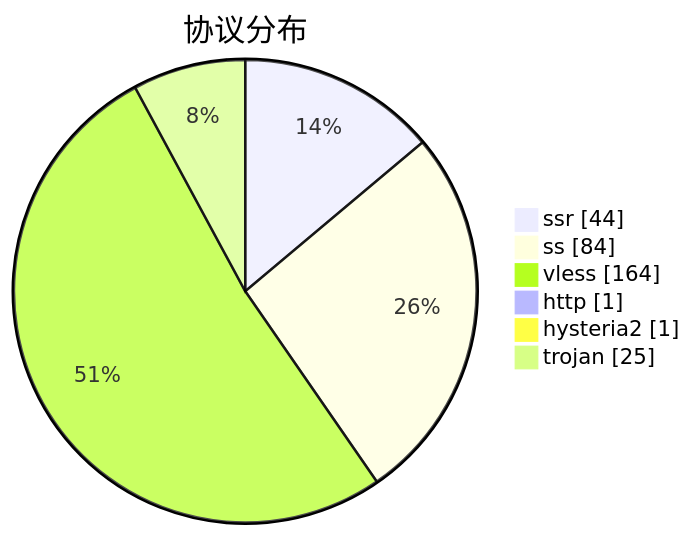
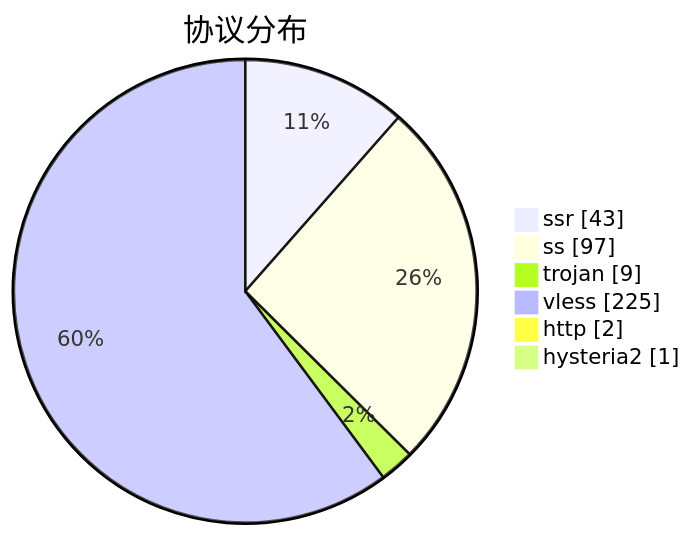
Before and after one commit to qjlxg/airport: the third of 3 diagrams in subs/statistics/tested_within.md, drawn with Mermaid. The commit also changed other lines of this file and 2 other files, not shown here.

````diff
--- a/subs/statistics/tested_within.md
+++ b/subs/statistics/tested_within.md
@@ -17,10 +19,10 @@
 ```mermaid
 pie showData
 title 协议分布
-"ssr" : 44
-"ss" : 84
-"vless" : 164
-"http" : 1
+"ssr" : 43
+"ss" : 97
+"trojan" : 9
+"vless" : 225
+"http" : 2
 "hysteria2" : 1
-"trojan" : 25
 ```
````
